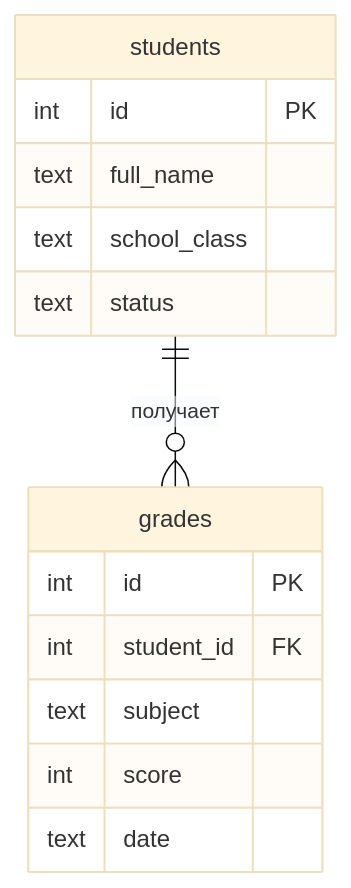
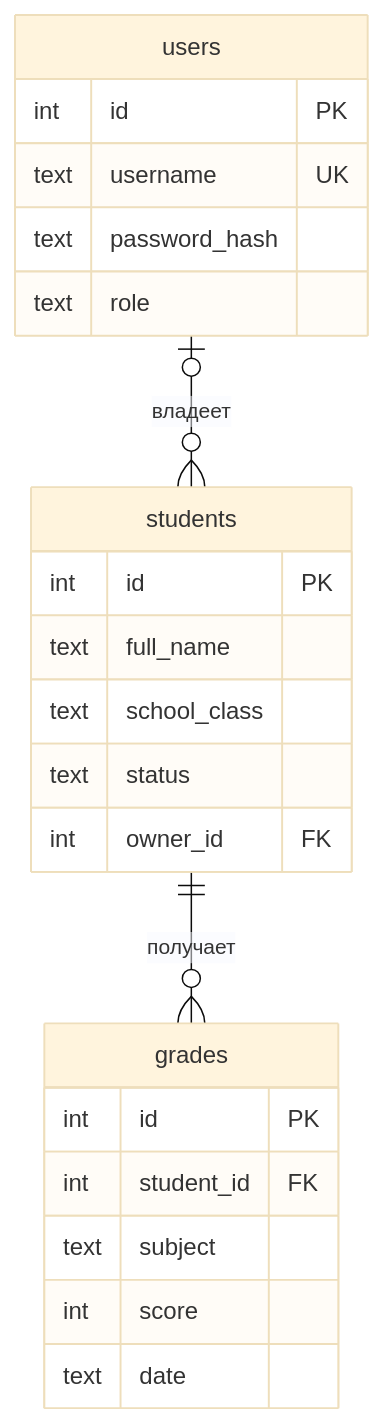
The diagram in README.md (Tippuk/backend-yarmulskiy-diary), drawn with Mermaid (base theme) before and after one commit. The commit also changed other lines of this file and 9 other files, not shown here.

````diff
--- a/README.md
+++ b/README.md
@@ -69,17 +86,25 @@
 ```mermaid
 erDiagram
+    users o|--o{ students : "владеет"
     students ||--o{ grades : "получает"
+    users {
+        int id PK
+        text username UK
+        text password_hash
+        text role
+    }
     students {
         int id PK
         text full_name
         text school_class
         text status
+        int owner_id FK
     }
     grades {
         int id PK
         int student_id FK
         text subject
         int score
         text date
     }
 ```
````
